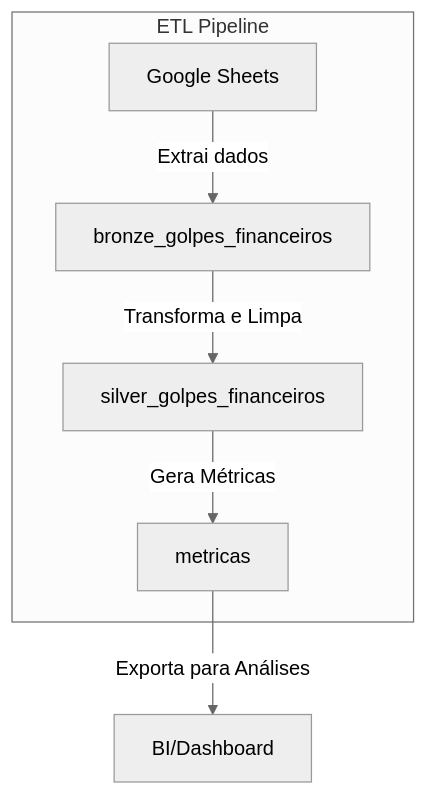
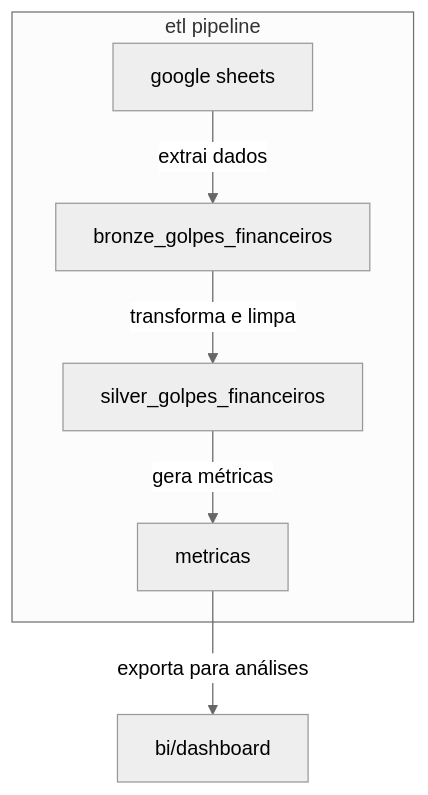
One commit to lucasvidalsilva/golpes-financeiros changed the diagram in README.md. Above: the diagram before and after it, drawn with Mermaid (neutral theme). The commit also changed other lines of this file, not shown here.

````diff
--- a/README.md
+++ b/README.md
@@ -6,14 +13,14 @@
 ```mermaid
 graph TD;
-    A[Google Sheets] -->|Extrai dados| B[bronze_golpes_financeiros]
-    B -->|Transforma e Limpa| C[silver_golpes_financeiros]
-    C -->|Gera Métricas| D[metricas]
-    D -->|Exporta para Análises| E[BI/Dashboard]
+    A[google sheets] -->|extrai dados| B[bronze_golpes_financeiros]
+    B -->|transforma e limpa| C[silver_golpes_financeiros]
+    C -->|gera métricas| D[metricas]
+    D -->|exporta para análises| E[bi/dashboard]
 
-    subgraph ETL Pipeline
+    subgraph etl pipeline
         A
         B
         C
         D
     end
 ```
````
